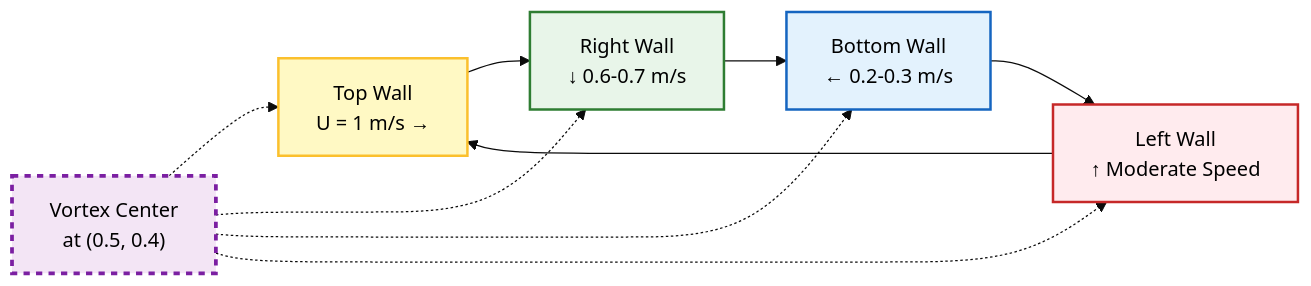
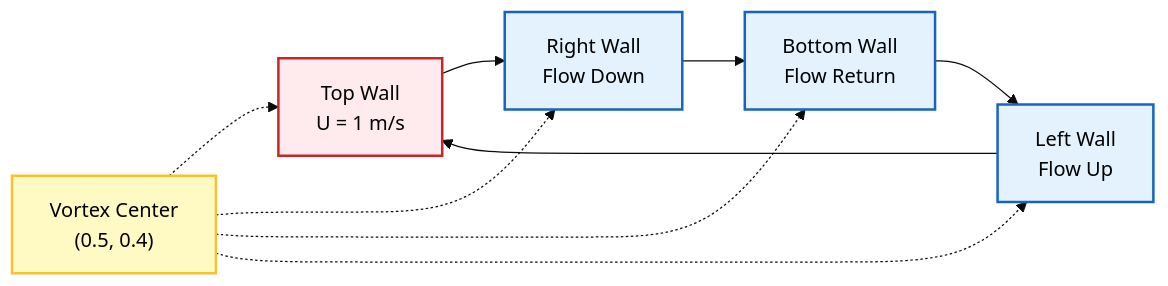
Before and after one commit to wramet/build-my-cfd: the second of 3 diagrams in MODULE_01_CFD_FUNDAMENTALS/CONTENT/04_FIRST_SIMULATION/05_Expected_Results.md, drawn with Mermaid (base theme). The commit also changed other lines of this file and 313 other files, not shown here.

Commit message:
Revise all diagram

````diff
--- a/MODULE_01_CFD_FUNDAMENTALS/CONTENT/04_FIRST_SIMULATION/05_Expected_Results.md
+++ b/MODULE_01_CFD_FUNDAMENTALS/CONTENT/04_FIRST_SIMULATION/05_Expected_Results.md
@@ -64,18 +63,15 @@
 ```mermaid
 flowchart LR
-    A["Top Wall<br/>U = 1 m/s →"] --> B["Right Wall<br/>↓ 0.6-0.7 m/s"]
-    B --> C["Bottom Wall<br/>← 0.2-0.3 m/s"]
-    C --> D["Left Wall<br/>↑ Moderate Speed"]
+    A["Top Wall<br/>U = 1 m/s"]:::volatile --> B["Right Wall<br/>Flow Down"]:::implicit
+    B --> C["Bottom Wall<br/>Flow Return"]:::implicit
+    C --> D["Left Wall<br/>Flow Up"]:::implicit
     D --> A
-
-    E["Vortex Center<br/>at (0.5, 0.4)"] -.-> A
+    E["Vortex Center<br/>(0.5, 0.4)"]:::explicit -.-> A
     E -.-> B
     E -.-> C
     E -.-> D
 
-    style A fill:#fff9c4,stroke:#fbc02d,stroke-width:2px,color:#000
-    style B fill:#e8f5e9,stroke:#2e7d32,stroke-width:2px,color:#000
-    style C fill:#e3f2fd,stroke:#1565c0,stroke-width:2px,color:#000
-    style D fill:#ffebee,stroke:#c62828,stroke-width:2px,color:#000
-    style E fill:#f3e5f5,stroke:#7b1fa2,stroke-width:3px,color:#000,stroke-dasharray: 5 5
+    classDef implicit fill:#e3f2fd,stroke:#1565c0,stroke-width:2px,color:#000;
+    classDef explicit fill:#fff9c4,stroke:#fbc02d,stroke-width:2px,color:#000;
+    classDef volatile fill:#ffebee,stroke:#c62828,stroke-width:2px,color:#000;
 ```
````
